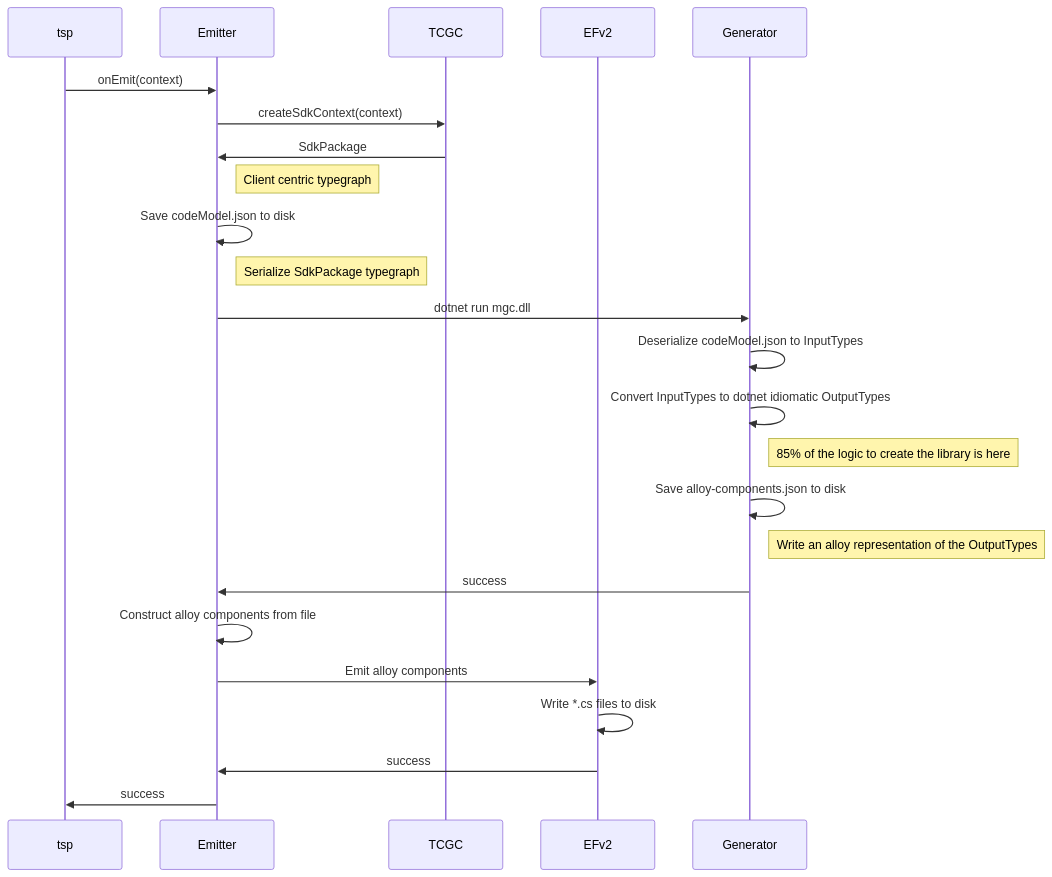
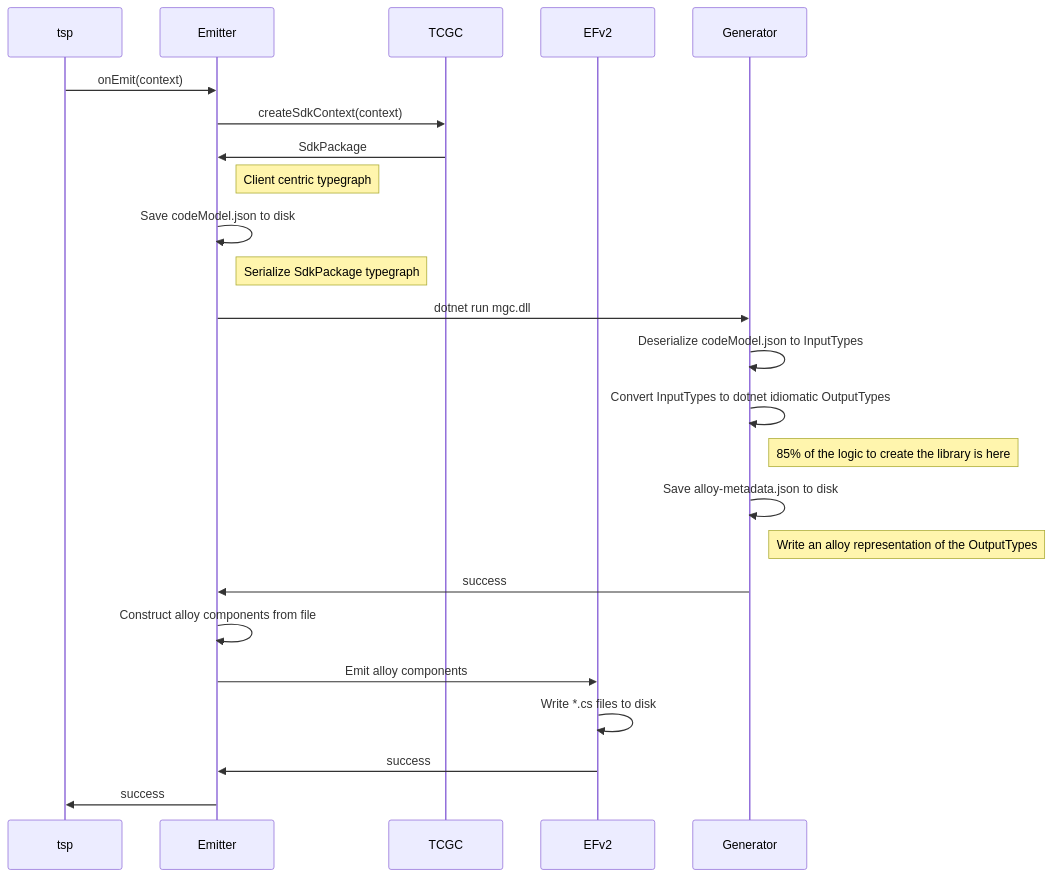
The second of 3 diagrams in packages/http-client-csharp/generator/docs/Efv2.md (m-nash/typespec), drawn with Mermaid before and after one commit. The commit also changed other lines of this file, not shown here.

````diff
--- a/packages/http-client-csharp/generator/docs/Efv2.md
+++ b/packages/http-client-csharp/generator/docs/Efv2.md
@@ -206,26 +359,26 @@
 ```mermaid
 sequenceDiagram
     participant A as tsp
     participant B as Emitter
     participant C as TCGC
     participant D as EFv2
     participant E as Generator
     A->>B: onEmit(context)
     B->>C: createSdkContext(context)
     C->>B: SdkPackage
     Note right of B: Client centric typegraph
     B->>B: Save codeModel.json to disk
     Note right of B: Serialize SdkPackage typegraph
     B->>E: dotnet run mgc.dll
     E->>E: Deserialize codeModel.json to InputTypes
     E->>E: Convert InputTypes to dotnet idiomatic OutputTypes
     Note right of E: 85% of the logic to create the library is here
-    E->>E: Save alloy-components.json to disk
+    E->>E: Save alloy-metadata.json to disk
     Note right of E: Write an alloy representation of the OutputTypes
     E->>B: success
     B->>B: Construct alloy components from file
     B->>D: Emit alloy components
     D->>D: Write *.cs files to disk
     D->>B: success
     B->>A: success
 ```
````
